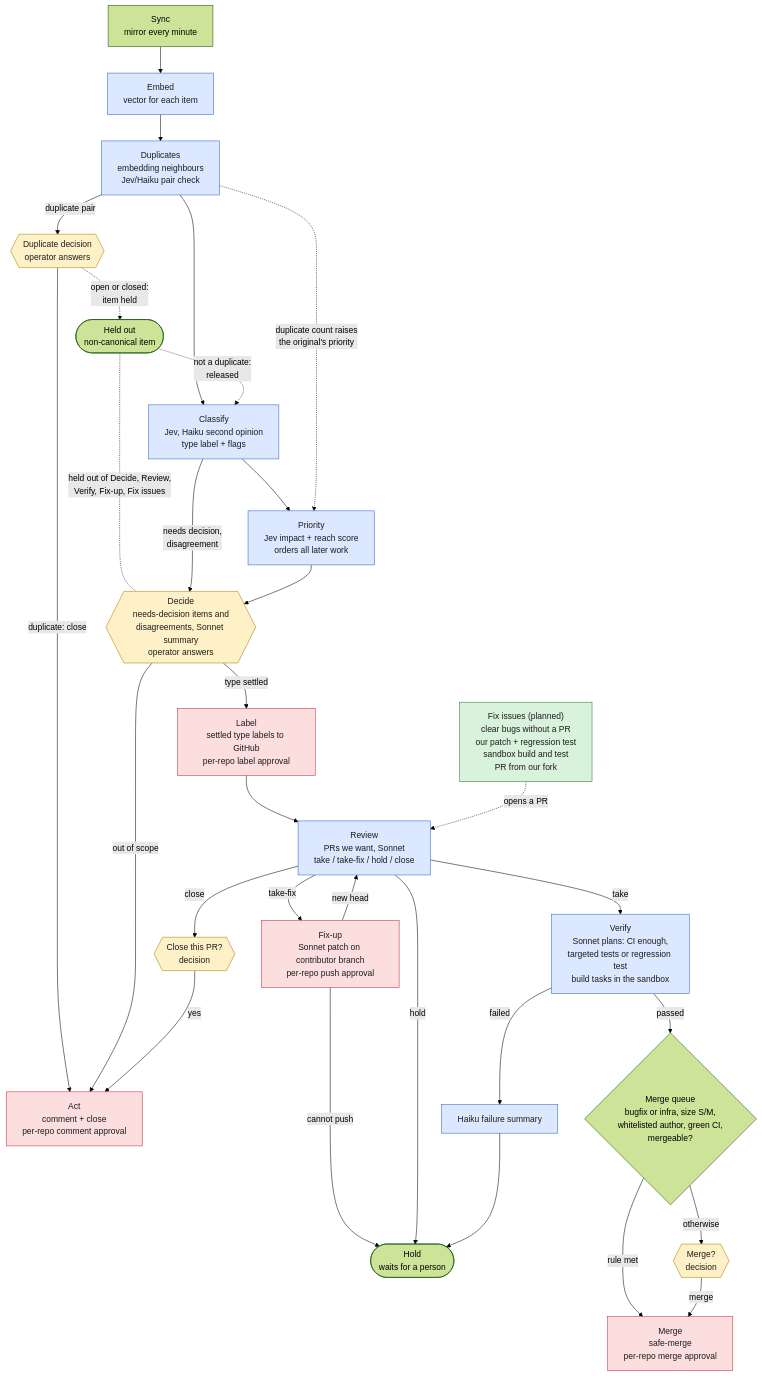
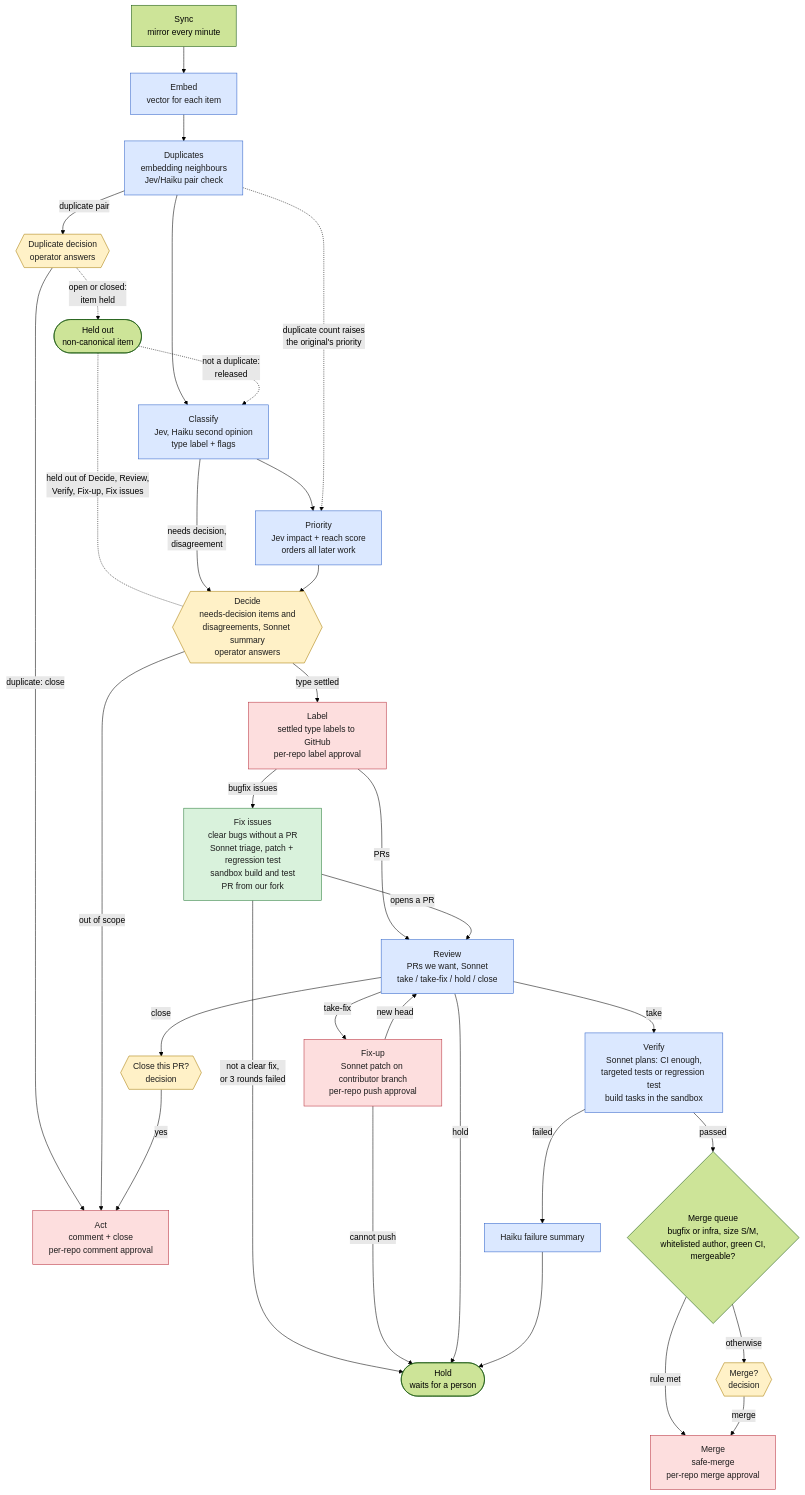
Before and after one commit to IUCLabs/autocraft: the diagram in docs/pipeline.md, drawn with Mermaid (forest theme). The commit also changed other lines of this file and 19 other files, not shown here.

Commit message:
Fix issues stage: triage, patch rounds in the sandbox, PR from the pipeline fork

````diff
--- a/docs/pipeline.md
+++ b/docs/pipeline.md
@@ -9,58 +9,60 @@
 ```mermaid
 flowchart TD
   sync["Sync<br/>mirror every minute"]
   embed["Embed<br/>vector for each item"]
   classify["Classify<br/>Jev, Haiku second opinion<br/>type label + flags"]
   priority["Priority<br/>Jev impact + reach score<br/>orders all later work"]
   dups["Duplicates<br/>embedding neighbours<br/>Jev/Haiku pair check"]
   dupdec{{"Duplicate decision<br/>operator answers"}}
   dupheld(["Held out<br/>non-canonical item"])
   decide{{"Decide<br/>needs-decision items and<br/>disagreements, Sonnet summary<br/>operator answers"}}
   label["Label<br/>settled type labels to GitHub<br/>per-repo label approval"]
   review["Review<br/>PRs we want, Sonnet<br/>take / take-fix / hold / close"]
   fixup["Fix-up<br/>Sonnet patch on contributor branch<br/>per-repo push approval"]
   closeq{{"Close this PR?<br/>decision"}}
   act["Act<br/>comment + close<br/>per-repo comment approval"]
   verify["Verify<br/>Sonnet plans: CI enough,<br/>targeted tests or regression test<br/>build tasks in the sandbox"]
   vfail["Haiku failure summary"]
   hold(["Hold<br/>waits for a person"])
   queue{"Merge queue<br/>bugfix or infra, size S/M,<br/>whitelisted author, green CI,<br/>mergeable?"}
   mergeq{{"Merge?<br/>decision"}}
   merge["Merge<br/>safe-merge<br/>per-repo merge approval"]
-  fixiss["Fix issues (planned)<br/>clear bugs without a PR<br/>our patch + regression test<br/>sandbox build and test<br/>PR from our fork"]
+  fixiss["Fix issues<br/>clear bugs without a PR<br/>Sonnet triage, patch + regression test<br/>sandbox build and test<br/>PR from our fork"]
 
   sync --> embed --> dups --> classify --> priority
   dups -- "duplicate pair" --> dupdec
   dupdec -- "duplicate: close" --> act
   dupdec -. "open or closed:<br/>item held" .-> dupheld
   dupheld -. "not a duplicate:<br/>released" .-> classify
   dupheld -. "held out of Decide, Review,<br/>Verify, Fix-up, Fix issues" .- decide
   dups -. "duplicate count raises<br/>the original's priority" .-> priority
   classify -- "needs decision,<br/>disagreement" --> decide
   priority --> decide
   decide -- "type settled" --> label
   decide -- "out of scope" --> act
-  label --> review
+  label -- "PRs" --> review
+  label -- "bugfix issues" --> fixiss
+  fixiss -- "not a clear fix,<br/>or 3 rounds failed" --> hold
   review -- "take-fix" --> fixup
   fixup -- "new head" --> review
   fixup -- "cannot push" --> hold
   review -- "hold" --> hold
   review -- "close" --> closeq
   closeq -- "yes" --> act
   review -- "take" --> verify
   verify -- "passed" --> queue
   verify -- "failed" --> vfail --> hold
   queue -- "rule met" --> merge
   queue -- "otherwise" --> mergeq
   mergeq -- "merge" --> merge
-  fixiss -. "opens a PR" .-> review
+  fixiss -- "opens a PR" --> review
 
   class decide,closeq,mergeq,dupdec person
   class embed,classify,priority,dups,review,verify,vfail model
   class fixup,label,act,merge write
   class fixiss sandbox
   classDef person fill:#fff1c7,stroke:#a87a00,color:#1c1c1c
   classDef model fill:#dbe8ff,stroke:#2f62c9,color:#1c1c1c
   classDef sandbox fill:#d9f2dc,stroke:#2a7d3a,color:#1c1c1c
   classDef write fill:#fddede,stroke:#b8323f,color:#1c1c1c
 ```
````
